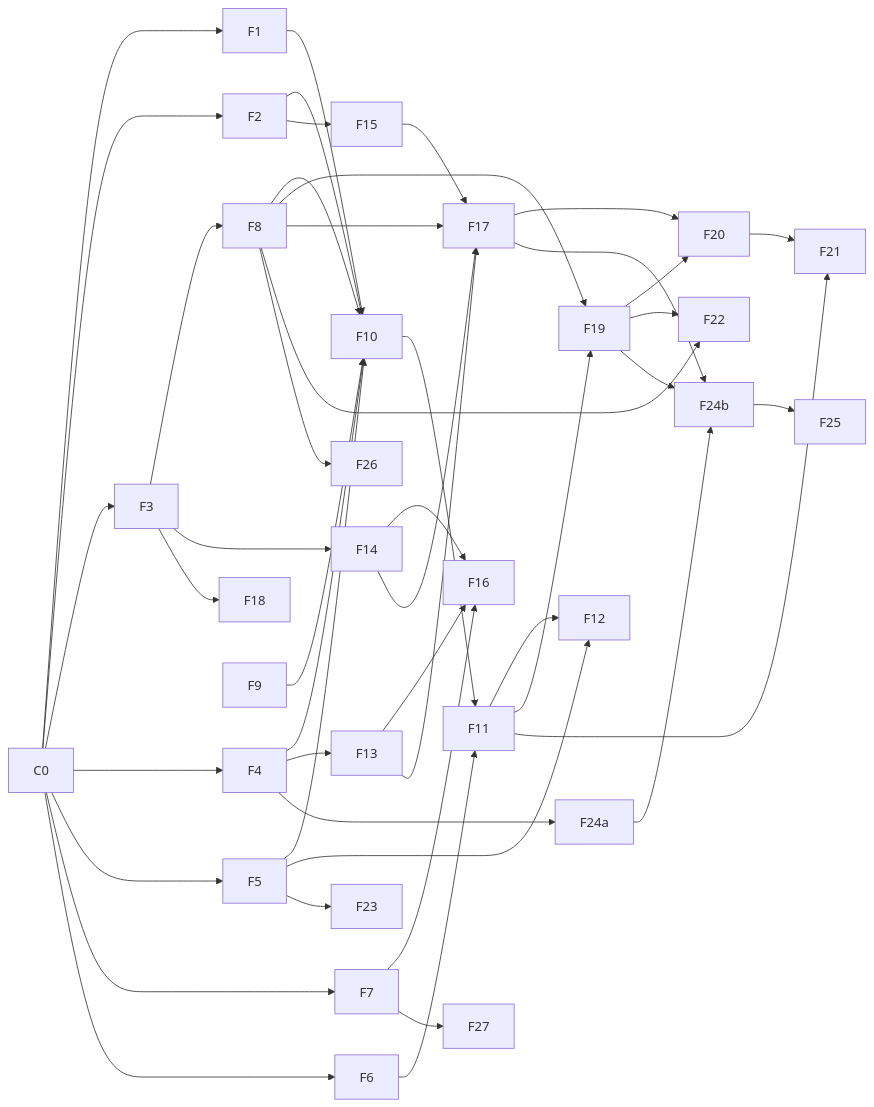
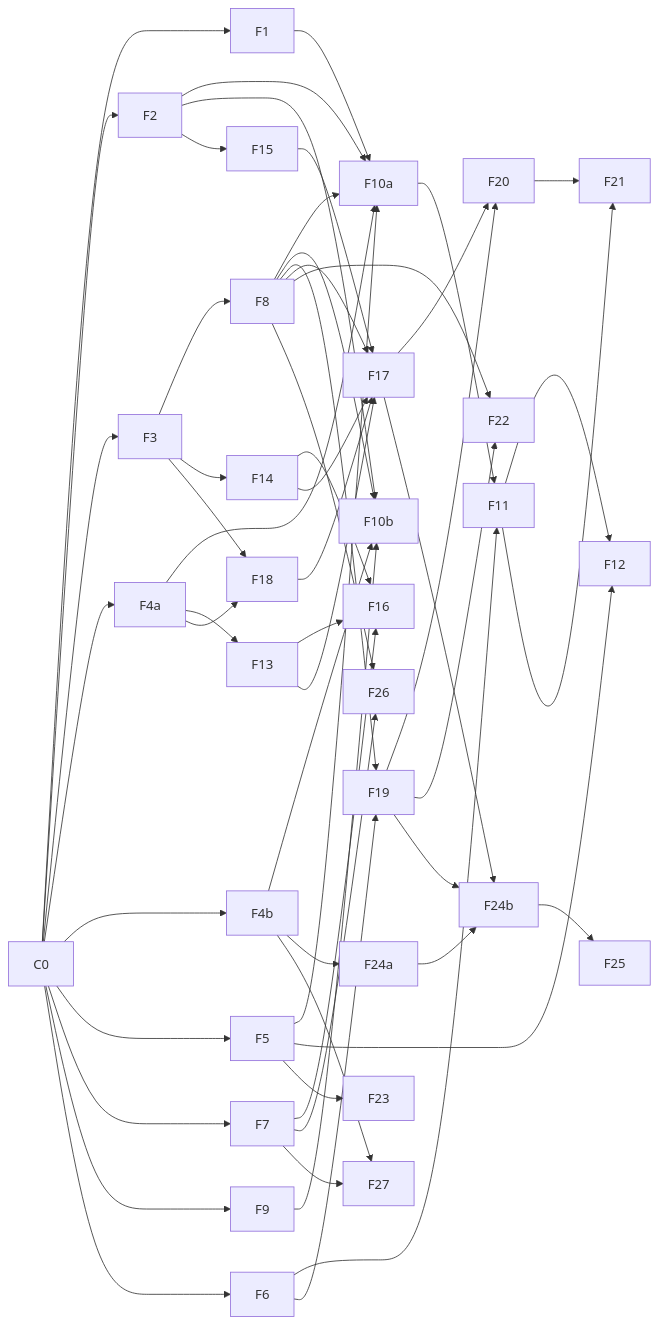
The diagram in design-docs/feature-plan.md (tallen12/git-manager), drawn with Mermaid before and after one commit. The commit also changed other lines of this file, not shown here.

````diff
--- a/design-docs/feature-plan.md
+++ b/design-docs/feature-plan.md
@@ -118,23 +137,25 @@
 ```mermaid
 flowchart LR
-  C0 --> F1 & F2 & F3 & F4 & F5 & F7 & F6
+  C0 --> F1 & F2 & F3 & F4a & F4b & F5 & F7 & F9
   F3 --> F8
-  F1 & F2 & F4 & F5 & F8 & F9 --> F10
-  F10 & F6 --> F11
+  F1 & F2 & F4a & F5 & F8 --> F10a
+  F2 & F4b & F8 & F9 --> F10b
+  C0 --> F6
+  F10a & F6 --> F11
   F11 & F5 --> F12
-  F4 --> F13
+  F4a --> F13 & F18
   F3 --> F14 & F18
   F2 --> F15
-  F8 & F11 --> F19
+  F6 & F8 --> F19
   F13 & F14 & F7 --> F16
-  F13 & F14 & F15 & F8 --> F17
+  F13 & F14 & F15 & F18 & F8 --> F17
   F17 & F19 --> F20
   F11 & F20 --> F21
   F8 & F19 --> F22
   F5 --> F23
-  F4 --> F24a
+  F4b --> F24a
   F24a & F17 & F19 --> F24b
   F24b --> F25
-  F8 --> F26
-  F7 --> F27
+  F7 & F8 --> F26
+  F4b & F7 --> F27
 ```
````
